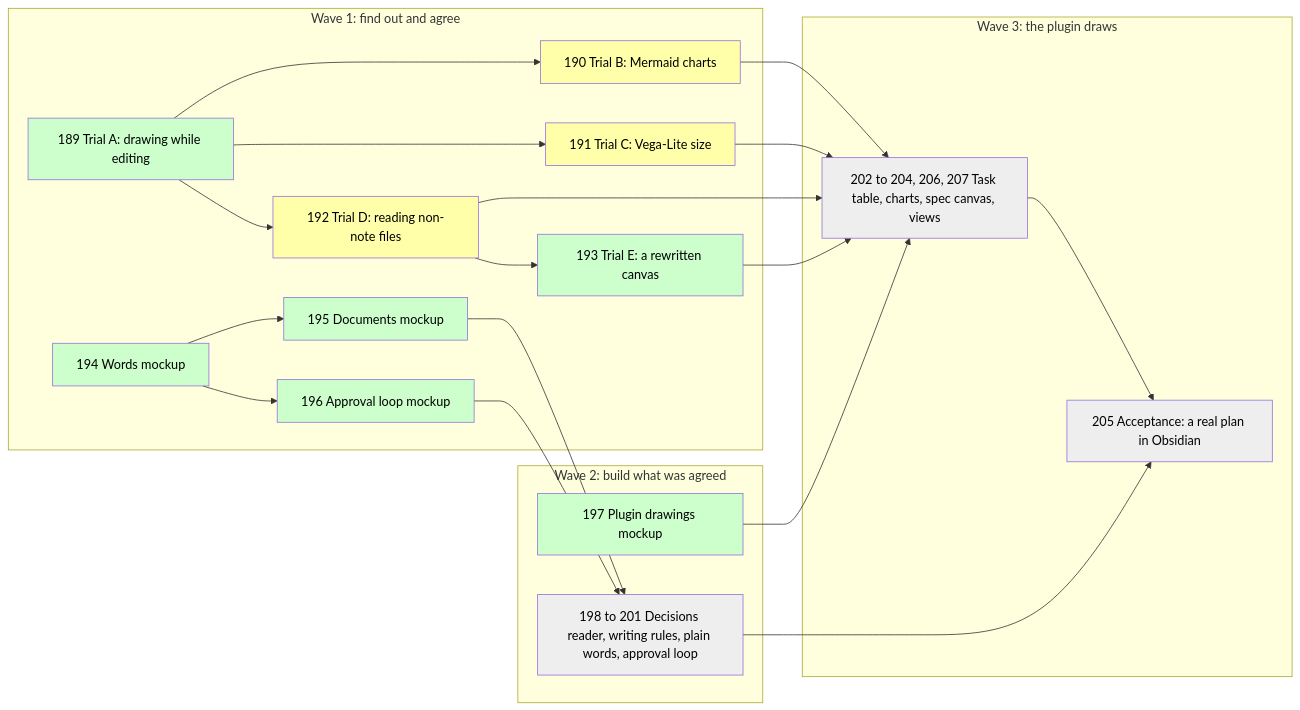
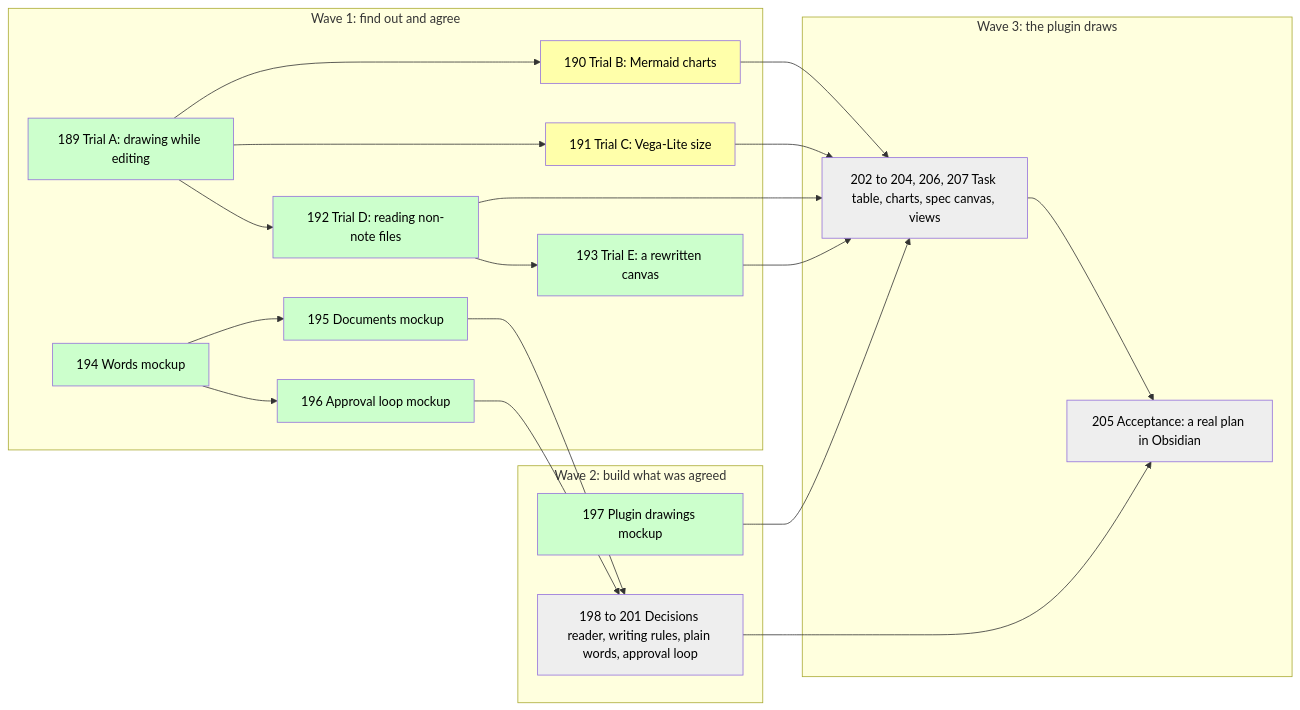
One commit to hodor/claude-compass changed the diagram in .compass/plans/PLAN-024-working-in-compass-is-visual.md. Above: the diagram before and after it, drawn with Mermaid. The commit also changed other lines of this file and 3 other files, not shown here.

````diff
--- a/.compass/plans/PLAN-024-working-in-compass-is-visual.md
+++ b/.compass/plans/PLAN-024-working-in-compass-is-visual.md
@@ -26,30 +26,30 @@
 ```mermaid
 flowchart LR
   subgraph W1["Wave 1: find out and agree"]
     T189["189 Trial A: drawing while editing"]:::done
     T190["190 Trial B: Mermaid charts"]:::open
     T191["191 Trial C: Vega-Lite size"]:::open
-    T192["192 Trial D: reading non-note files"]:::open
+    T192["192 Trial D: reading non-note files"]:::done
     T193["193 Trial E: a rewritten canvas"]:::done
     T194["194 Words mockup"]:::done
     T195["195 Documents mockup"]:::done
     T196["196 Approval loop mockup"]:::done
   end
   subgraph W2["Wave 2: build what was agreed"]
     T197["197 Plugin drawings mockup"]:::done
     B["198 to 201 Decisions reader, writing rules, plain words, approval loop"]:::later
   end
   subgraph W3["Wave 3: the plugin draws"]
     V["202 to 204, 206, 207 Task table, charts, spec canvas, views"]:::later
     A["205 Acceptance: a real plan in Obsidian"]:::later
   end
   T189 --> T190 & T191 & T192
   T192 --> T193
   T194 --> T195 & T196
   T190 & T191 & T192 & T193 & T197 --> V
   T195 & T196 --> B
   V & B --> A
   classDef done fill:#cfc,color:#000
   classDef open fill:#ffa,color:#000
   classDef later fill:#eee,color:#000
 ```
````
